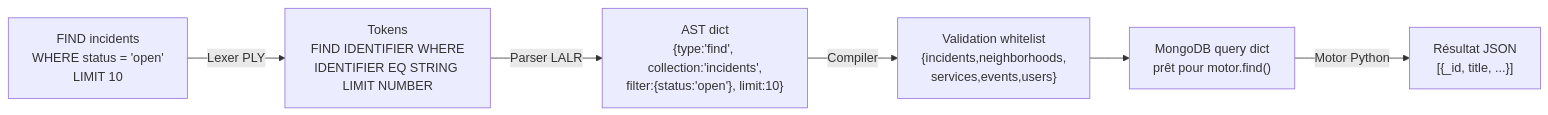
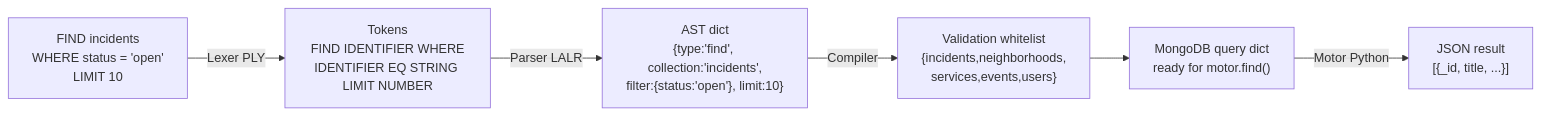
One commit to creibaud/QuartierConnect changed diagram 11 of 13 in docs/RAPPORT-TECHNIQUE.md. Above: the diagram before and after it, drawn with Mermaid. The commit also changed other lines of this file and 155 other files, not shown here.

````diff
--- a/docs/RAPPORT-TECHNIQUE.md
+++ b/docs/RAPPORT-TECHNIQUE.md
@@ -659,15 +659,15 @@
 ```mermaid
 flowchart LR
     A["FIND incidents<br/>WHERE status = 'open'<br/>LIMIT 10"]
     B["Tokens<br/>FIND IDENTIFIER WHERE<br/>IDENTIFIER EQ STRING LIMIT NUMBER"]
     C["AST dict<br/>{type:'find', collection:'incidents',<br/>filter:{status:'open'}, limit:10}"]
     D["Validation whitelist<br/>{incidents,neighborhoods,<br/>services,events,users}"]
-    E["MongoDB query dict<br/>prêt pour motor.find()"]
-    F["Résultat JSON<br/>[{_id, title, ...}]"]
+    E["MongoDB query dict<br/>ready for motor.find()"]
+    F["JSON result<br/>[{_id, title, ...}]"]
 
     A -->|Lexer PLY| B
     B -->|Parser LALR| C
     C -->|Compiler| D
     D --> E
     E -->|Motor Python| F
 ```
````
